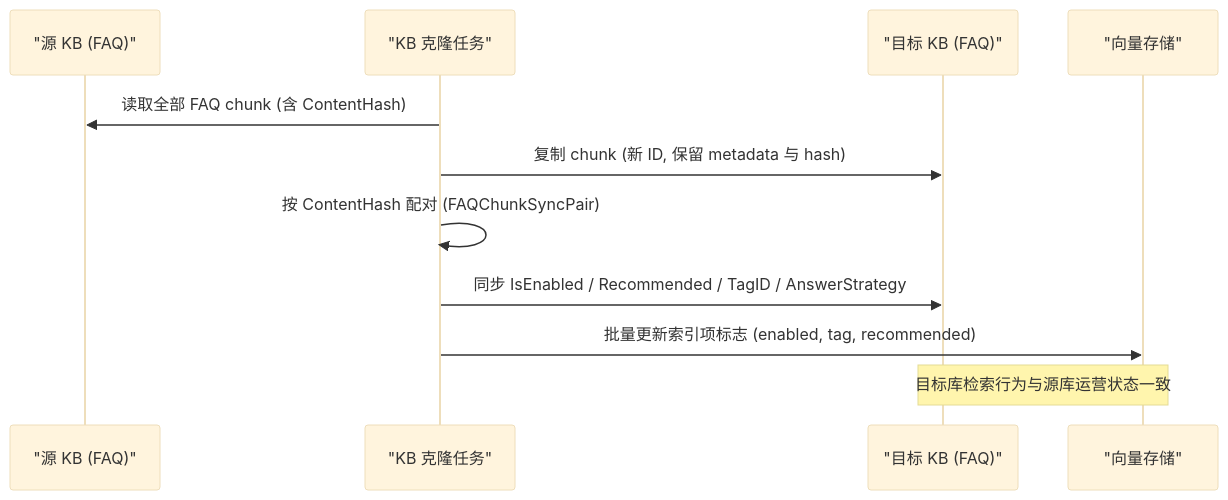
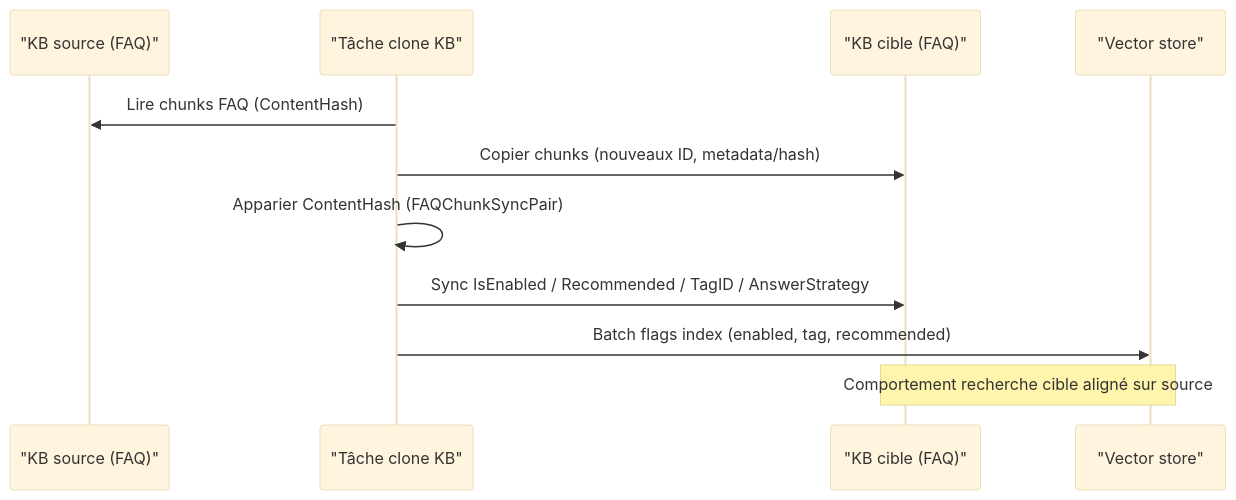
One commit to samiriggui-code/gsms-template changed the second of 2 diagrams in website-docs/03-features/17-faq.md. Above: the diagram before and after it, drawn with Mermaid (base theme). The commit also changed other lines of this file and 301 other files, not shown here.

````diff
--- a/website-docs/03-features/17-faq.md
+++ b/website-docs/03-features/17-faq.md
@@ -227,13 +222,13 @@
 ```mermaid
 sequenceDiagram
-    participant Src as "源 KB (FAQ)"
-    participant Clone as "KB 克隆任务"
-    participant Dst as "目标 KB (FAQ)"
-    participant VS as "向量存储"
-    Clone->>Src: 读取全部 FAQ chunk (含 ContentHash)
-    Clone->>Dst: 复制 chunk (新 ID, 保留 metadata 与 hash)
-    Clone->>Clone: 按 ContentHash 配对 (FAQChunkSyncPair)
-    Clone->>Dst: 同步 IsEnabled / Recommended / TagID / AnswerStrategy
-    Clone->>VS: 批量更新索引项标志 (enabled, tag, recommended)
-    Note over Dst,VS: 目标库检索行为与源库运营状态一致
+    participant Src as "KB source (FAQ)"
+    participant Clone as "Tâche clone KB"
+    participant Dst as "KB cible (FAQ)"
+    participant VS as "Vector store"
+    Clone->>Src: Lire chunks FAQ (ContentHash)
+    Clone->>Dst: Copier chunks (nouveaux ID, metadata/hash)
+    Clone->>Clone: Apparier ContentHash (FAQChunkSyncPair)
+    Clone->>Dst: Sync IsEnabled / Recommended / TagID / AnswerStrategy
+    Clone->>VS: Batch flags index (enabled, tag, recommended)
+    Note over Dst,VS: Comportement recherche cible aligné sur source
 ```
````
